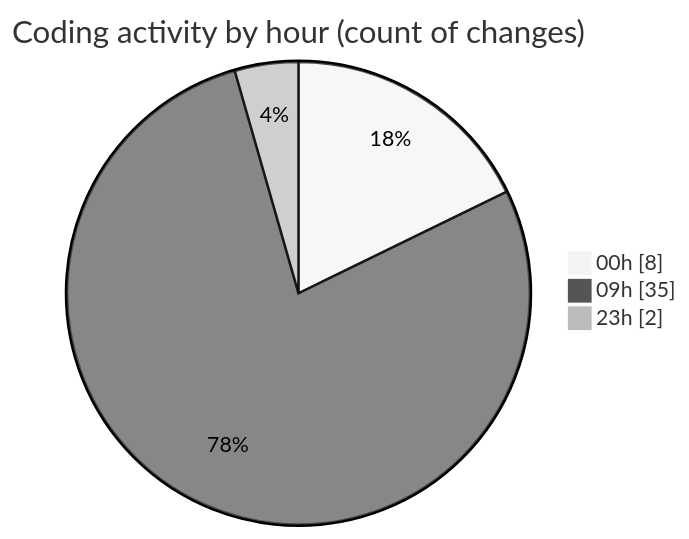
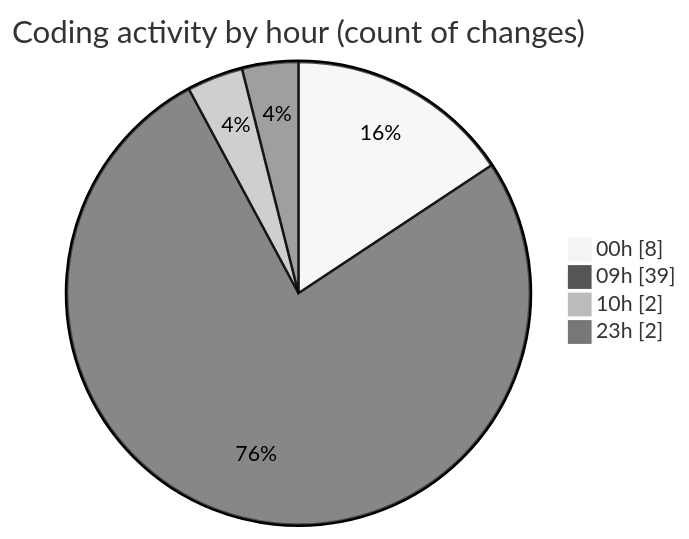
Before and after one commit to momahboobian/code-tracking: the second of 2 diagrams in 2025-12-18/cda/README.md, drawn with Mermaid (neutral theme). The commit also changed other lines of this file and 1 other file, not shown here.

````diff
--- a/2025-12-18/cda/README.md
+++ b/2025-12-18/cda/README.md
@@ -45,7 +46,8 @@
 ```mermaid
 pie showData
 title Coding activity by hour (count of changes)
 "00h" : 8
-"09h" : 35
+"09h" : 39
+"10h" : 2
 "23h" : 2
 ```
````
